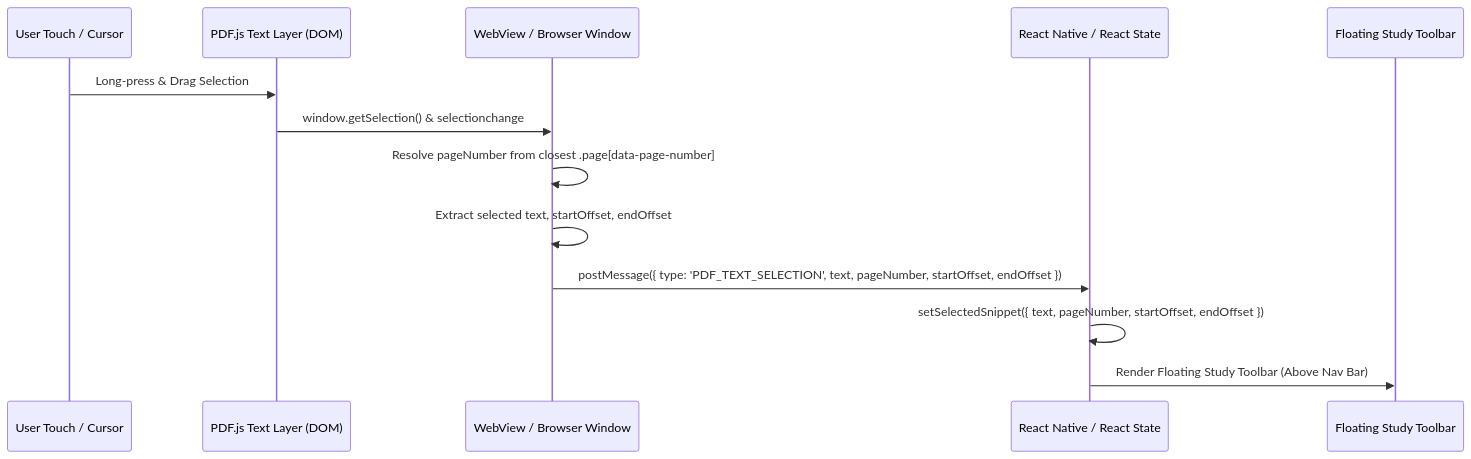
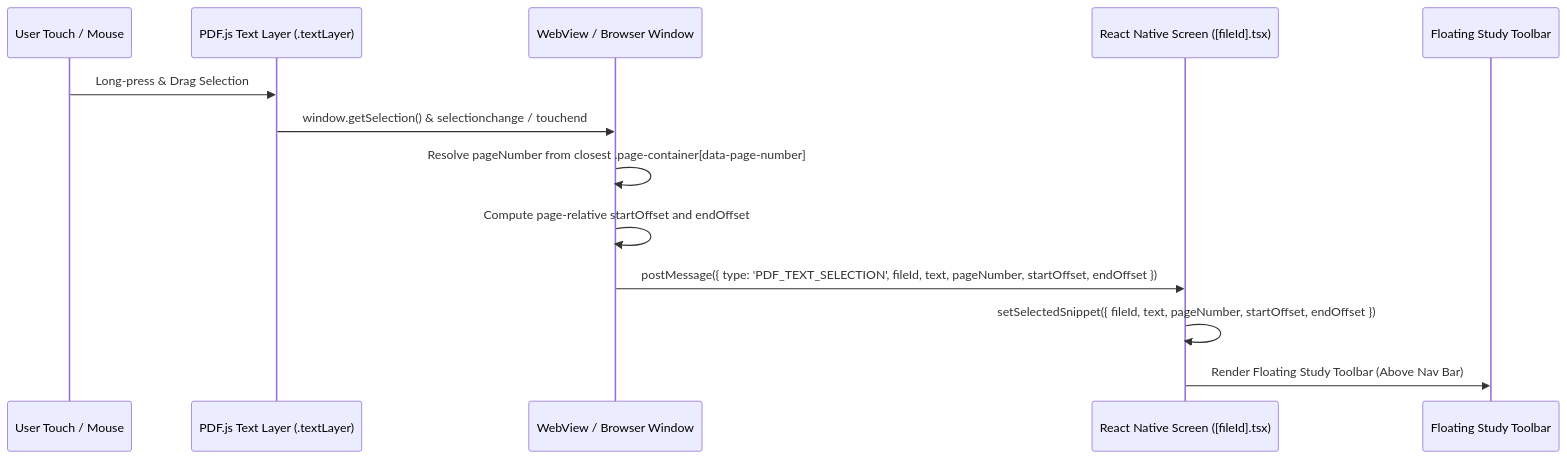
The first of 2 diagrams in docs/superpowers/specs/2026-09-12-offline-pdf-reader-bag-design.md (ertnac/saulado), drawn with Mermaid before and after one commit. The commit also changed other lines of this file, not shown here.

Commit message:
docs: refine pdf reader spec with strict mvp scope, robust selection, and testing matrix

````diff
--- a/docs/superpowers/specs/2026-09-12-offline-pdf-reader-bag-design.md
+++ b/docs/superpowers/specs/2026-09-12-offline-pdf-reader-bag-design.md
@@ -143,16 +163,16 @@
 ```mermaid
 sequenceDiagram
-    participant U as User Touch / Cursor
-    participant TL as PDF.js Text Layer (DOM)
+    participant U as User Touch / Mouse
+    participant TL as PDF.js Text Layer (.textLayer)
     participant WV as WebView / Browser Window
-    participant RN as React Native / React State
+    participant RN as React Native Screen ([fileId].tsx)
     participant TB as Floating Study Toolbar
 
     U->>TL: Long-press & Drag Selection
-    TL->>WV: window.getSelection() & selectionchange
-    WV->>WV: Resolve pageNumber from closest .page[data-page-number]
-    WV->>WV: Extract selected text, startOffset, endOffset
-    WV->>RN: postMessage({ type: 'PDF_TEXT_SELECTION', text, pageNumber, startOffset, endOffset })
-    RN->>RN: setSelectedSnippet({ text, pageNumber, startOffset, endOffset })
+    TL->>WV: window.getSelection() & selectionchange / touchend
+    WV->>WV: Resolve pageNumber from closest .page-container[data-page-number]
+    WV->>WV: Compute page-relative startOffset and endOffset
+    WV->>RN: postMessage({ type: 'PDF_TEXT_SELECTION', fileId, text, pageNumber, startOffset, endOffset })
+    RN->>RN: setSelectedSnippet({ fileId, text, pageNumber, startOffset, endOffset })
     RN->>TB: Render Floating Study Toolbar (Above Nav Bar)
 ```
````
